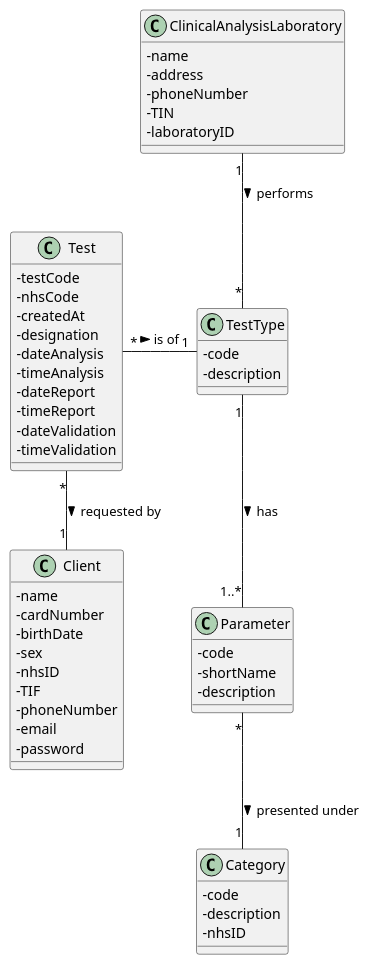
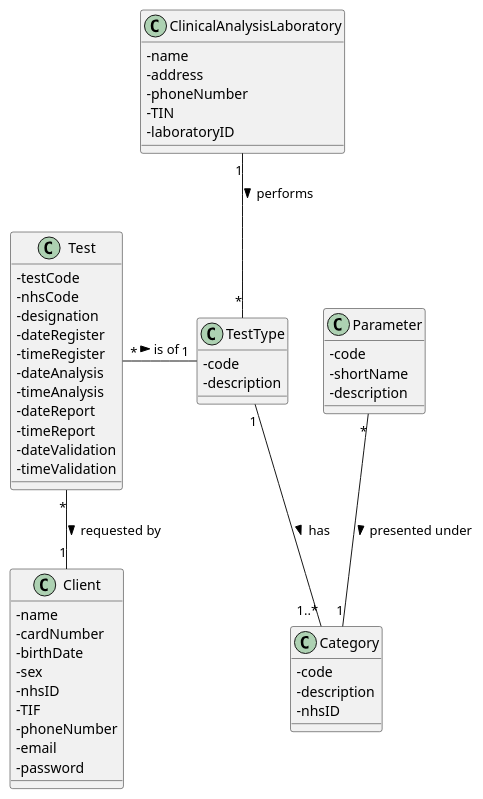
The diagram in docs/SprintD/US17/US17_DM.puml (MadDinosaur/ISEP-LAPR2), drawn with PlantUML before and after one commit. The commit also changed 4 other files, not shown here.

```diff
--- a/docs/SprintD/US17/US17_DM.puml
+++ b/docs/SprintD/US17/US17_DM.puml
@@ -1,63 +1,64 @@
 @startuml
 
 skinparam classAttributeIconSize 0
 
 class Test {
 -testCode
 -nhsCode
--createdAt
 -designation
+-dateRegister
+-timeRegister
 -dateAnalysis
 -timeAnalysis
 -dateReport
 -timeReport
 -dateValidation
 -timeValidation
 }
 
 class ClinicalAnalysisLaboratory {
 -name
 -address
 -phoneNumber
 -TIN
 -laboratoryID
 }
 
 class Client {
 -name
 -cardNumber
 -birthDate
 -sex
 -nhsID
 -TIF
 -phoneNumber
 -email
 -password
 }
 
 class TestType {
 -code
 -description
 }
 
 class Category {
 -code
 -description
 -nhsID
 }
 
 class Parameter {
 -code
 -shortName
 -description
 }
 
 Test "*"--"1" Client : requested by >
 Test "*"-right-"1" "TestType" : is of >
 Parameter "*"--"1" Category : presented under >
 ClinicalAnalysisLaboratory "1"--"*" TestType : performs >
-TestType "1"--"1..*" Parameter : has >
+TestType "1"--"1..*" Category : has >
 
 
 
 @enduml
```
